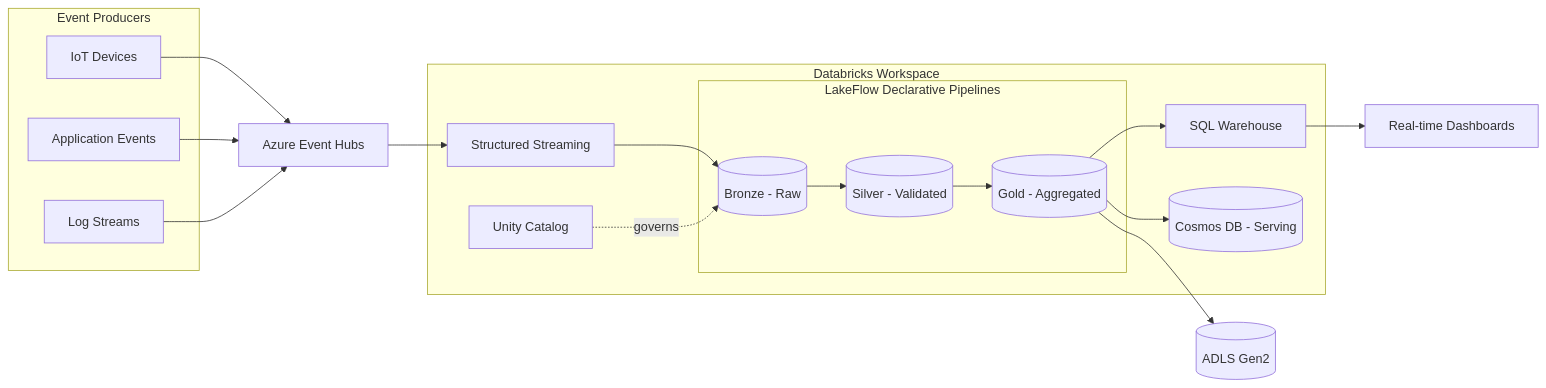
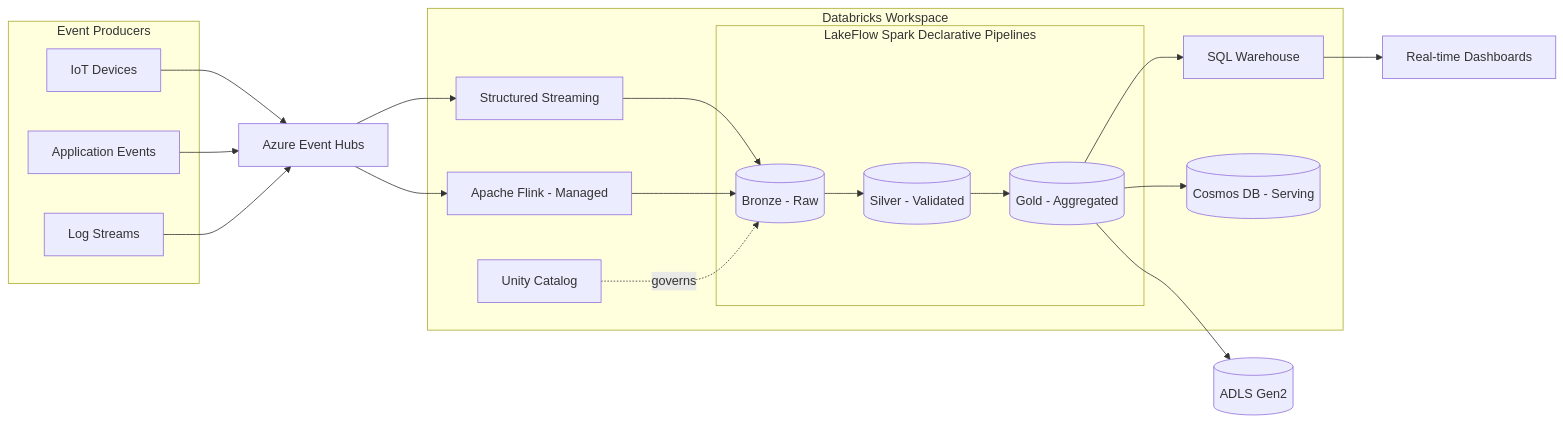
The second of 9 diagrams in databricks-ads-session/references/databricks-patterns.md (HaoZhang615/ads-copilot), drawn with Mermaid before and after one commit. The commit also changed other lines of this file and 15 other files, not shown here.

````diff
--- a/databricks-ads-session/references/databricks-patterns.md
+++ b/databricks-ads-session/references/databricks-patterns.md
@@ -114,32 +114,34 @@
 ```mermaid
 flowchart LR
   subgraph SRC["Event Producers"]
     IOT[IoT Devices]
     APP[Application Events]
     LOGS[Log Streams]
   end
 
   EH[Azure Event Hubs]
 
   subgraph DBX["Databricks Workspace"]
     SS[Structured Streaming]
+    FLINK[Apache Flink - Managed]
     UC[Unity Catalog]
-    subgraph LDP["LakeFlow Declarative Pipelines"]
+    subgraph LDP["LakeFlow Spark Declarative Pipelines"]
       BRONZE[(Bronze - Raw)]
       SILVER[(Silver - Validated)]
       GOLD[(Gold - Aggregated)]
     end
     SQLWH[SQL Warehouse]
     COSMOS[(Cosmos DB - Serving)]
   end
 
   ADLS[(ADLS Gen2)]
   DASH[Real-time Dashboards]
 
   IOT & APP & LOGS --> EH --> SS --> BRONZE
+  EH --> FLINK --> BRONZE
   BRONZE --> SILVER --> GOLD
   GOLD --> ADLS
   GOLD --> SQLWH --> DASH
   GOLD --> COSMOS
   UC -.->|governs| BRONZE
 ```
````
